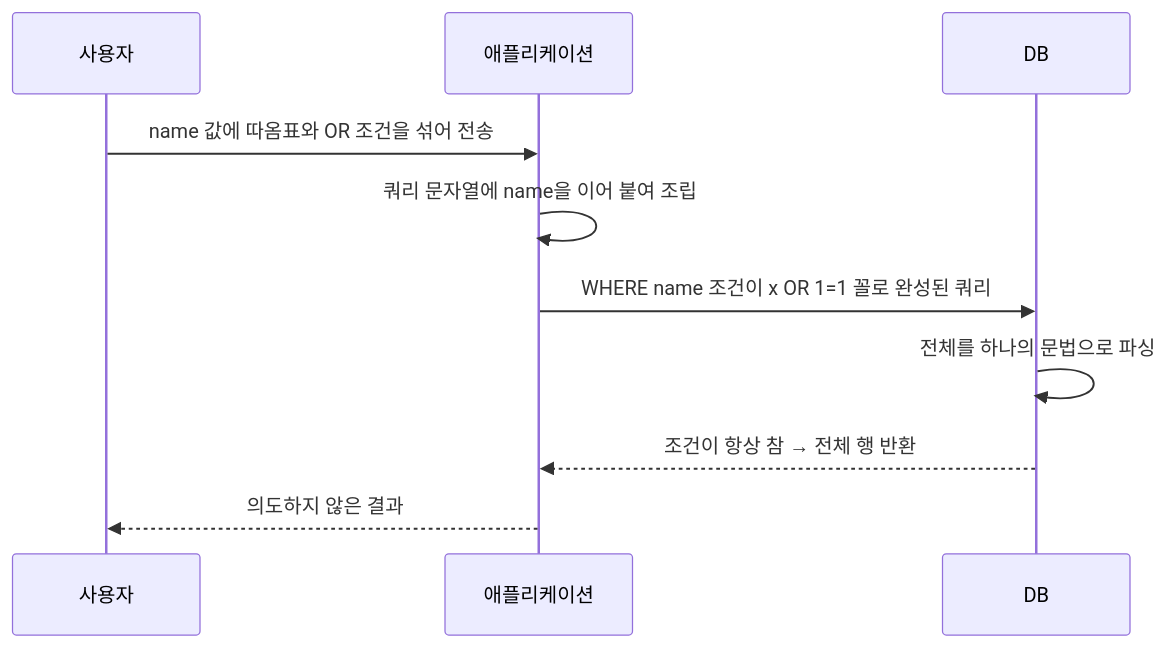
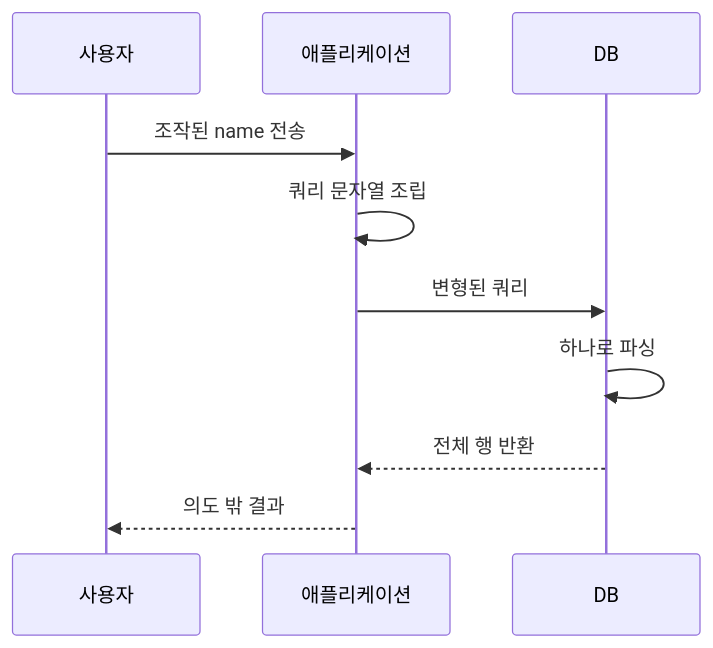
Before and after one commit to logiciris/logiciris.github.io: the diagram in _notes/sql-injection.md, drawn with Mermaid. The commit also changed 28 other files, not shown here.

Commit message:
Notes batches 1-2: qa fixes (accuracy, links, mermaid labels)

````diff
--- a/_notes/sql-injection.md
+++ b/_notes/sql-injection.md
@@ -24,12 +24,12 @@
 ```mermaid
 sequenceDiagram
     participant U as 사용자
     participant A as 애플리케이션
     participant D as DB
-    U->>A: name 값에 따옴표와 OR 조건을 섞어 전송
-    A->>A: 쿼리 문자열에 name을 이어 붙여 조립
-    A->>D: WHERE name 조건이 x OR 1=1 꼴로 완성된 쿼리
-    D->>D: 전체를 하나의 문법으로 파싱
-    D-->>A: 조건이 항상 참 → 전체 행 반환
-    A-->>U: 의도하지 않은 결과
+    U->>A: 조작된 name 전송
+    A->>A: 쿼리 문자열 조립
+    A->>D: 변형된 쿼리
+    D->>D: 하나로 파싱
+    D-->>A: 전체 행 반환
+    A-->>U: 의도 밖 결과
 ```
````
